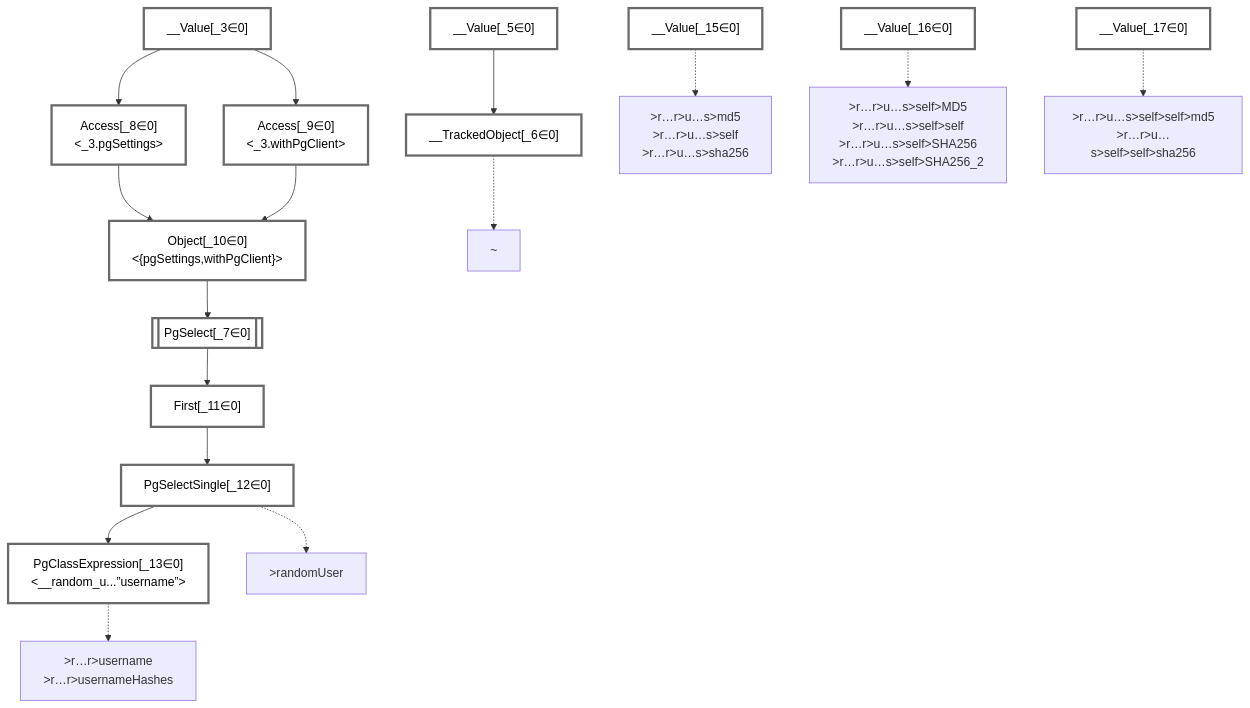
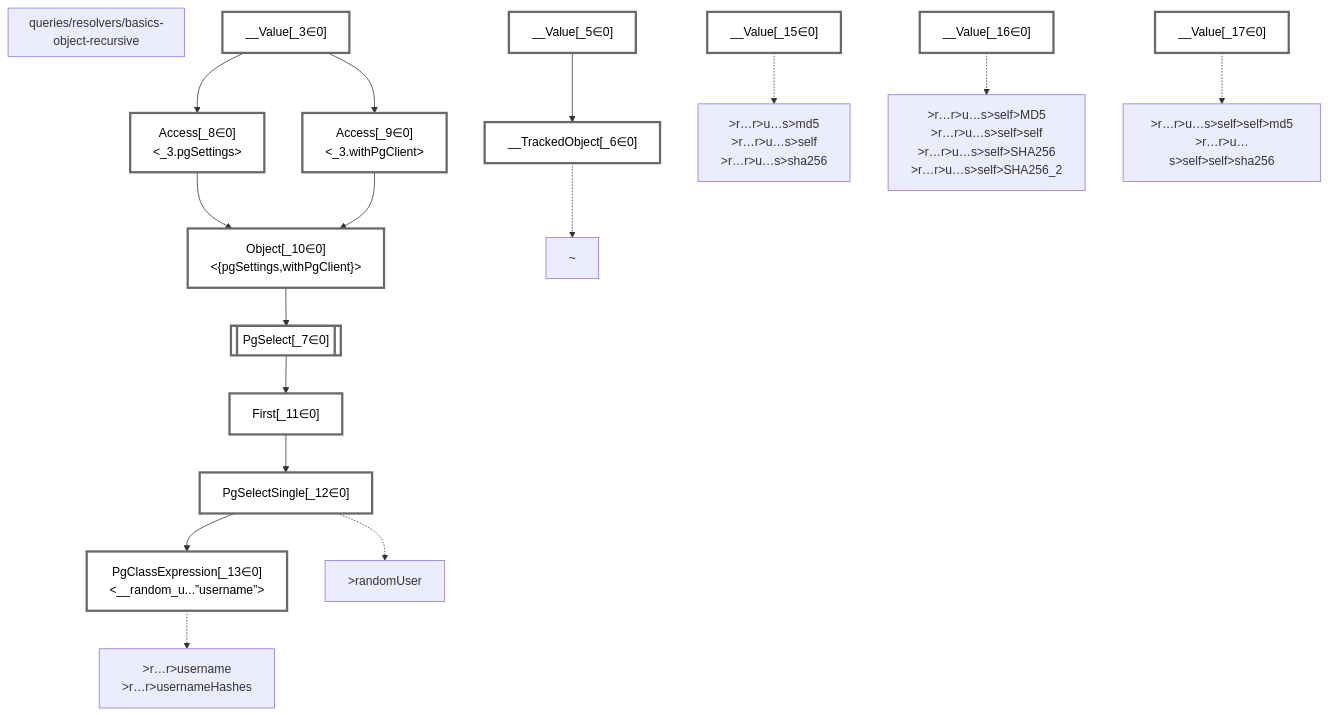
One commit to graphile/crystal changed the diagram in packages/dataplan-pg/__tests__/queries/resolvers/basics-object-recursive.deopt.mermaid.md. Above: the diagram before and after it, drawn with Mermaid. The commit also changed 195 other files, not shown here.

````diff
--- a/packages/dataplan-pg/__tests__/queries/resolvers/basics-object-recursive.deopt.mermaid.md
+++ b/packages/dataplan-pg/__tests__/queries/resolvers/basics-object-recursive.deopt.mermaid.md
@@ -1,53 +1,55 @@
 ```mermaid
 graph TD
+    subgraph "queries/resolvers/basics-object-recursive"
+    end
     classDef path fill:#eee,stroke:#000,color:#000
     classDef plan fill:#fff,stroke-width:3px,color:#000
     classDef itemplan fill:#fff,stroke-width:6px,color:#000
     classDef sideeffectplan fill:#f00,stroke-width:6px,color:#000
     classDef bucket fill:#f6f6f6,color:#000,stroke-width:6px,text-align:left
 
 
     %% define plans
     __Value_3["__Value[_3∈0]<br /><context>"]:::plan
     __Value_5["__Value[_5∈0]<br /><rootValue>"]:::plan
     __TrackedObject_6["__TrackedObject[_6∈0]"]:::plan
     PgSelect_7[["PgSelect[_7∈0]<br /><random_user>"]]:::plan
     Access_8["Access[_8∈0]<br /><_3.pgSettings>"]:::plan
     Access_9["Access[_9∈0]<br /><_3.withPgClient>"]:::plan
     Object_10["Object[_10∈0]<br /><{pgSettings,withPgClient}>"]:::plan
     First_11["First[_11∈0]"]:::plan
     PgSelectSingle_12["PgSelectSingle[_12∈0]<br /><users>"]:::plan
     PgClassExpression_13["PgClassExpression[_13∈0]<br /><__random_u...”username”>"]:::plan
     __Value_15["__Value[_15∈0]"]:::plan
     __Value_16["__Value[_16∈0]"]:::plan
     __Value_17["__Value[_17∈0]"]:::plan
 
     %% plan dependencies
     __Value_5 --> __TrackedObject_6
     Object_10 --> PgSelect_7
     __Value_3 --> Access_8
     __Value_3 --> Access_9
     Access_8 --> Object_10
     Access_9 --> Object_10
     PgSelect_7 --> First_11
     First_11 --> PgSelectSingle_12
     PgSelectSingle_12 --> PgClassExpression_13
 
     %% plan-to-path relationships
     P_6["~"]
     __TrackedObject_6 -.-> P_6
     P_12[">randomUser"]
     PgSelectSingle_12 -.-> P_12
     P_13[">r…r>username<br />>r…r>usernameHashes"]
     PgClassExpression_13 -.-> P_13
     P_15[">r…r>u…s>md5<br />>r…r>u…s>self<br />>r…r>u…s>sha256"]
     __Value_15 -.-> P_15
     P_16[">r…r>u…s>self>MD5<br />>r…r>u…s>self>self<br />>r…r>u…s>self>SHA256<br />>r…r>u…s>self>SHA256_2"]
     __Value_16 -.-> P_16
     P_17[">r…r>u…s>self>self>md5<br />>r…r>u…s>self>self>sha256"]
     __Value_17 -.-> P_17
 
     %% allocate buckets
     classDef bucket0 stroke:#696969
     class __Value_3,__Value_5,__TrackedObject_6,PgSelect_7,Access_8,Access_9,Object_10,First_11,PgSelectSingle_12,PgClassExpression_13,__Value_15,__Value_16,__Value_17 bucket0
 ```
````
